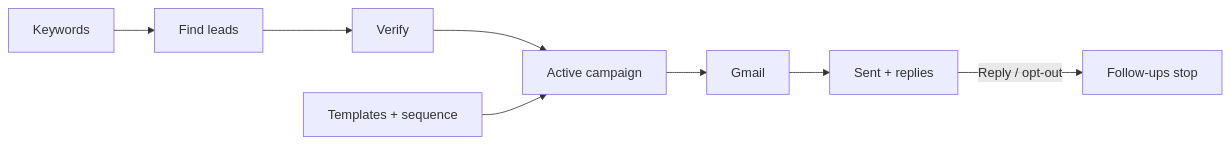
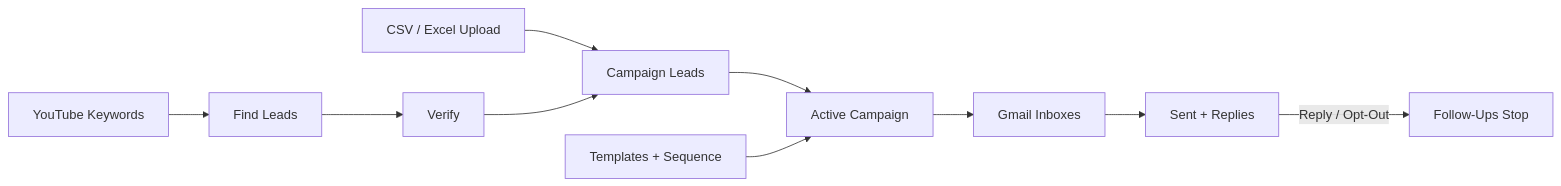
One commit to Resolviaai/leadminer changed the diagram in OPERATING_GUIDE.md. Above: the diagram before and after it, drawn with Mermaid. The commit also changed other lines of this file and 33 other files, not shown here.

Commit message:
feat(campaigns): implement v1.5 campaign-first architecture, csv/excel ingestion, and campaign_leads decoupling

````diff
--- a/OPERATING_GUIDE.md
+++ b/OPERATING_GUIDE.md
@@ -7,7 +7,10 @@
 ```mermaid
 flowchart LR
-  A[Keywords] --> B[Find leads] --> C[Verify] --> D[Active campaign]
-  E[Templates + sequence] --> D
-  D --> F[Gmail] --> G[Sent + replies]
-  G -->|Reply / opt-out| H[Follow-ups stop]
+  A[YouTube Keywords] --> B[Find Leads]
+  I[CSV / Excel Upload] --> J[Campaign Leads]
+  B --> C[Verify] --> J
+  J --> D[Active Campaign]
+  E[Templates + Sequence] --> D
+  D --> F[Gmail Inboxes] --> G[Sent + Replies]
+  G -->|Reply / Opt-Out| H[Follow-Ups Stop]
 ```
````
